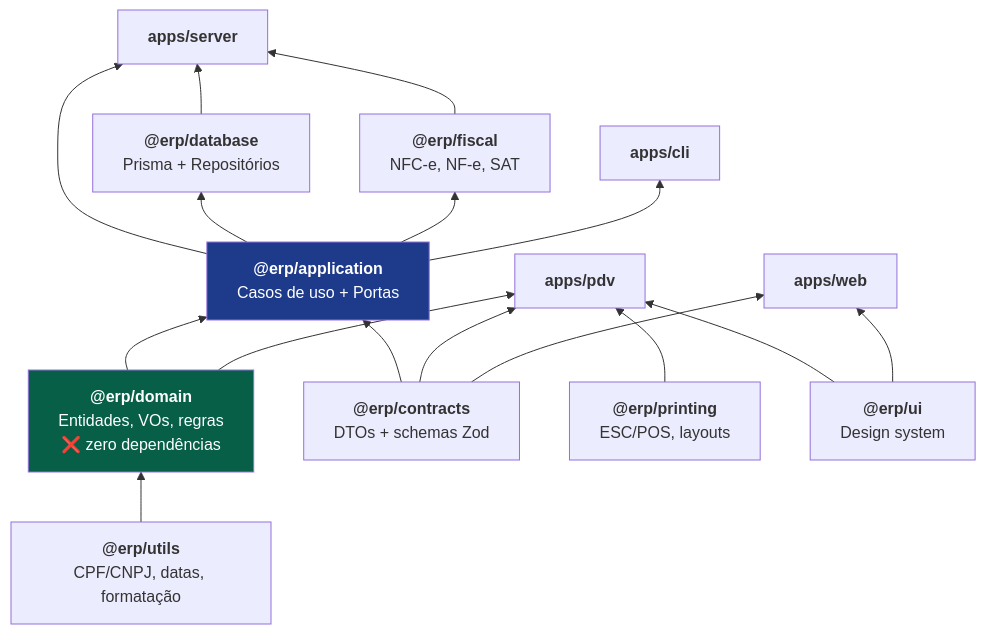
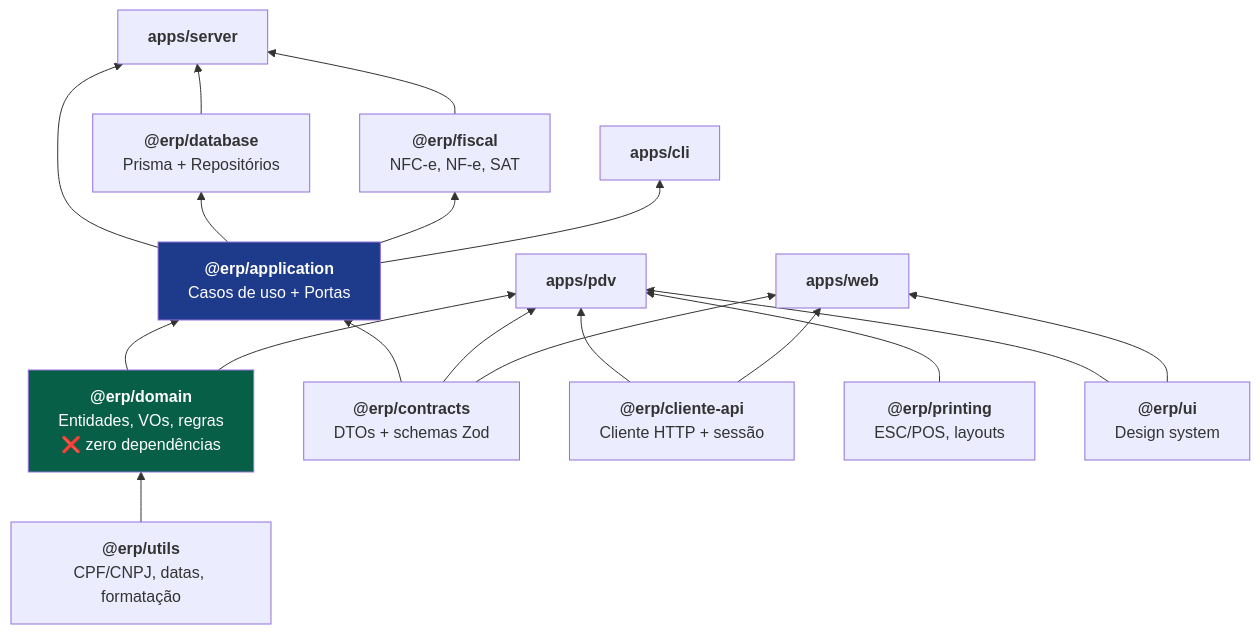
The sixth of 17 diagrams in docs/ARQUITETURA.md (brilhatex-dotcom/erp-pdv), drawn with Mermaid before and after one commit. The commit also changed other lines of this file and 20 other files, not shown here.

````diff
--- a/docs/ARQUITETURA.md
+++ b/docs/ARQUITETURA.md
@@ -432,35 +433,38 @@
 ```mermaid
 graph BT
     DOMAIN["<b>@erp/domain</b><br/>Entidades, VOs, regras<br/>❌ zero dependências"]
     CONTRACTS["<b>@erp/contracts</b><br/>DTOs + schemas Zod"]
+    CLIENTE["<b>@erp/cliente-api</b><br/>Cliente HTTP + sessão"]
     APP["<b>@erp/application</b><br/>Casos de uso + Portas"]
     DB["<b>@erp/database</b><br/>Prisma + Repositórios"]
     FISCAL["<b>@erp/fiscal</b><br/>NFC-e, NF-e, SAT"]
     PRINT["<b>@erp/printing</b><br/>ESC/POS, layouts"]
     UI["<b>@erp/ui</b><br/>Design system"]
     UTILS["<b>@erp/utils</b><br/>CPF/CNPJ, datas, formatação"]
 
     SERVER["<b>apps/server</b>"]
     PDV["<b>apps/pdv</b>"]
     WEB["<b>apps/web</b>"]
     CLI["<b>apps/cli</b>"]
 
     DOMAIN --> APP
     UTILS --> DOMAIN
     CONTRACTS --> APP
     APP --> SERVER
     DB --> SERVER
     FISCAL --> SERVER
     APP --> DB
     APP --> FISCAL
     CONTRACTS --> PDV
     CONTRACTS --> WEB
+    CLIENTE --> PDV
+    CLIENTE --> WEB
     UI --> PDV
     UI --> WEB
     PRINT --> PDV
     DOMAIN --> PDV
     APP --> CLI
 
     style DOMAIN fill:#065f46,color:#fff
     style APP fill:#1e3a8a,color:#fff
 ```
````
